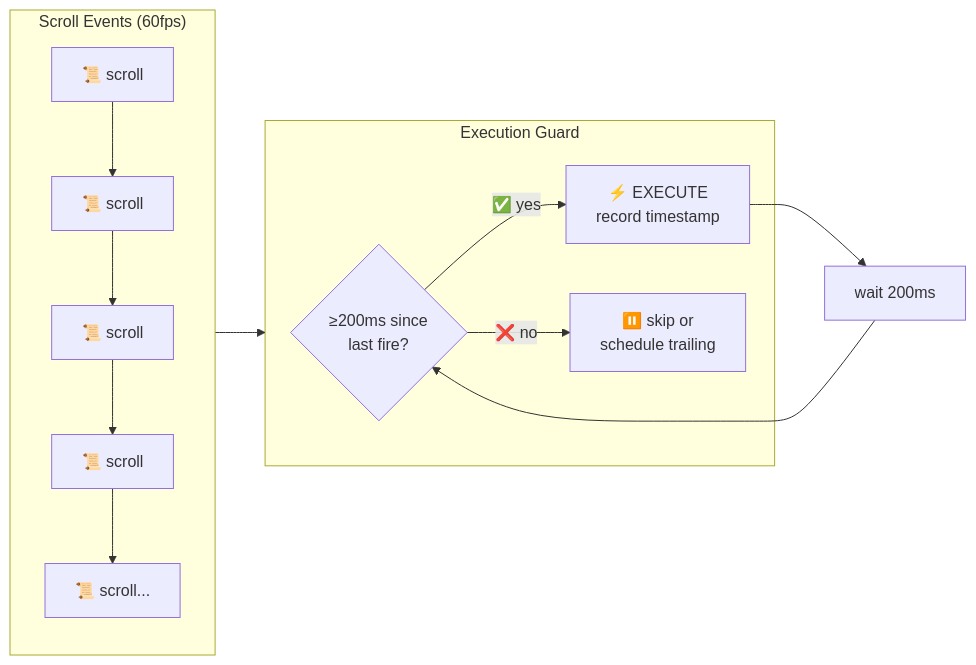
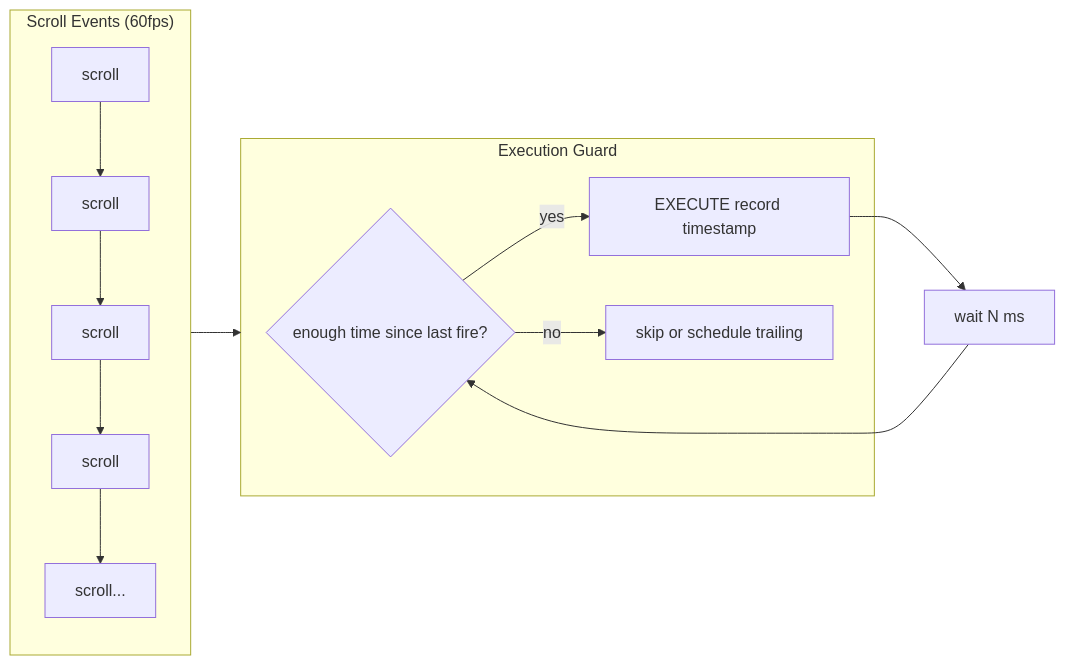
The second of 3 diagrams in packages/content/content/28-javascript-coding-problems.mdx (ashishxcode/frontend-internals), drawn with Mermaid before and after one commit. The commit also changed other lines of this file and 29 other files, not shown here.

Commit message:
rewrite: roadmap engineer-to-engineer + all 34 chapters new spec

````diff
--- a/packages/content/content/28-javascript-coding-problems.mdx
+++ b/packages/content/content/28-javascript-coding-problems.mdx
@@ -137,19 +64,17 @@
 ```mermaid
 flowchart LR
   subgraph Scroll["Scroll Events (60fps)"]
-    S1["📜 scroll"] --> S2["📜 scroll"]
-    S2 --> S3["📜 scroll"]
-    S3 --> S4["📜 scroll"]
-    S4 --> S5["📜 scroll..."]
+    S1["scroll"] --> S2["scroll"]
+    S2 --> S3["scroll"]
+    S3 --> S4["scroll"]
+    S4 --> S5["scroll..."]
   end
-
   subgraph Fire["Execution Guard"]
-    Check{≥200ms since<br/>last fire?}
-    Check -- "✅ yes" --> F1["⚡ EXECUTE<br/>record timestamp"]
-    Check -- "❌ no" --> F2["⏸️ skip or<br/>schedule trailing"]
+    Check{enough time since last fire?}
+    Check -->|yes| F1["EXECUTE record timestamp"]
+    Check -->|no| F2["skip or schedule trailing"]
   end
-
   Scroll --> Fire
-  F1 --> Wait["wait 200ms"]
+  F1 --> Wait["wait N ms"]
   Wait --> Check
 ```
````
